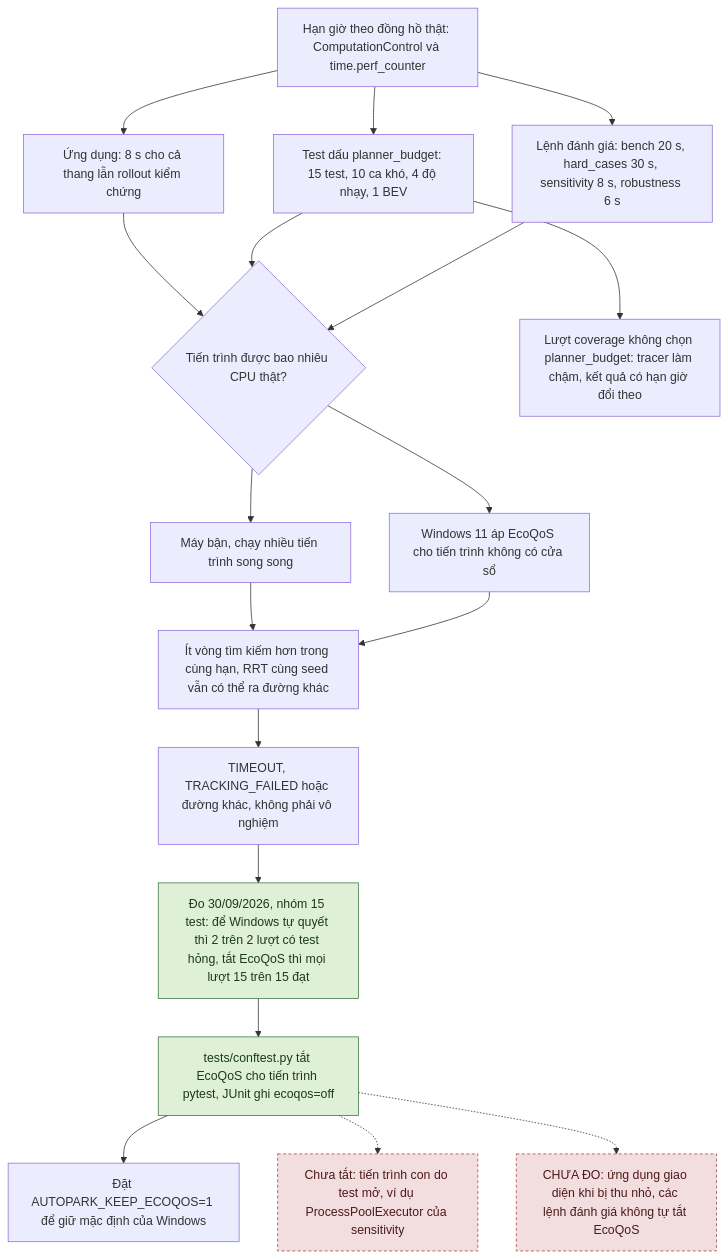
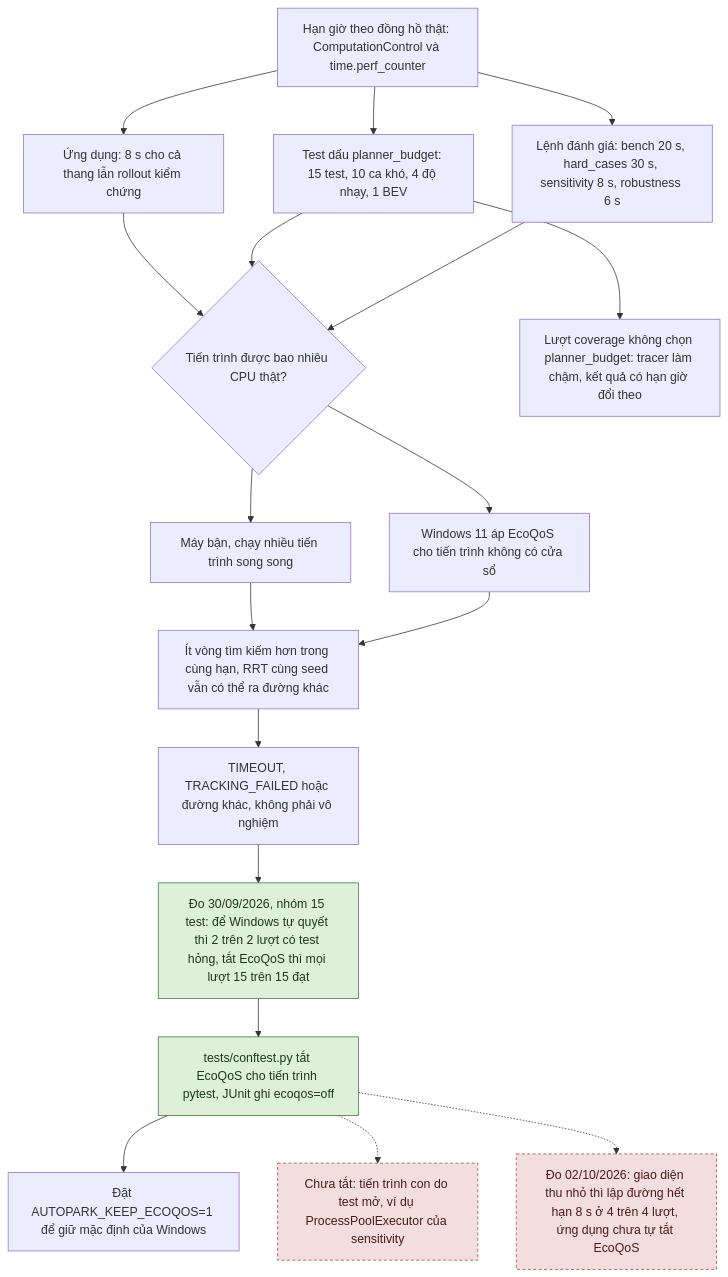
Before and after one commit to thbn12082/autopark: diagram 18 of 49 in autopark/docs/SO_DO_HE_THONG.md, drawn with Mermaid. The commit also changed other lines of this file and 82 other files, not shown here.

````diff
--- a/autopark/docs/SO_DO_HE_THONG.md
+++ b/autopark/docs/SO_DO_HE_THONG.md
@@ -969,26 +1070,26 @@
 ```mermaid
 flowchart TD
     D["Hạn giờ theo đồng hồ thật: ComputationControl và time.perf_counter"]
     D --> B1["Ứng dụng: 8 s cho cả thang lẫn rollout kiểm chứng"]
     D --> B2["Test dấu planner_budget: 15 test, 10 ca khó, 4 độ nhạy, 1 BEV"]
     D --> B3["Lệnh đánh giá: bench 20 s, hard_cases 30 s, sensitivity 8 s, robustness 6 s"]
     B1 --> SP{"Tiến trình được bao nhiêu CPU thật?"}
     B2 --> SP
     B3 --> SP
     SP --> L1["Máy bận, chạy nhiều tiến trình song song"]
     SP --> L2["Windows 11 áp EcoQoS cho tiến trình không có cửa sổ"]
     L1 --> SLOW["Ít vòng tìm kiếm hơn trong cùng hạn, RRT cùng seed vẫn có thể ra đường khác"]
     L2 --> SLOW
     SLOW --> RES["TIMEOUT, TRACKING_FAILED hoặc đường khác, không phải vô nghiệm"]
     RES --> M["Đo 30/09/2026, nhóm 15 test: để Windows tự quyết thì 2 trên 2 lượt có test hỏng, tắt EcoQoS thì mọi lượt 15 trên 15 đạt"]
     M --> FIX["tests/conftest.py tắt EcoQoS cho tiến trình pytest, JUnit ghi ecoqos=off"]
     FIX --> OPT["Đặt AUTOPARK_KEEP_ECOQOS=1 để giữ mặc định của Windows"]
     FIX -.-> GAP1["Chưa tắt: tiến trình con do test mở, ví dụ ProcessPoolExecutor của sensitivity"]
-    FIX -.-> GAP2["CHƯA ĐO: ứng dụng giao diện khi bị thu nhỏ, các lệnh đánh giá không tự tắt EcoQoS"]
+    FIX -.-> GAP2["Đo 02/10/2026: giao diện thu nhỏ thì lập đường hết hạn 8 s ở 4 trên 4 lượt, ứng dụng chưa tự tắt EcoQoS"]
     B2 --> COV["Lượt coverage không chọn planner_budget: tracer làm chậm, kết quả có hạn giờ đổi theo"]
     classDef daco fill:#dff0d8,stroke:#3c763d,color:#1b3a1b
     classDef giaLap fill:#fcf8e3,stroke:#8a6d3b,color:#4d3b12
     classDef chuaLam fill:#f2dede,stroke:#a94442,color:#4d1a1a,stroke-dasharray: 4 3
     class M,FIX daco
     class GAP1,GAP2 chuaLam
 ```
````
